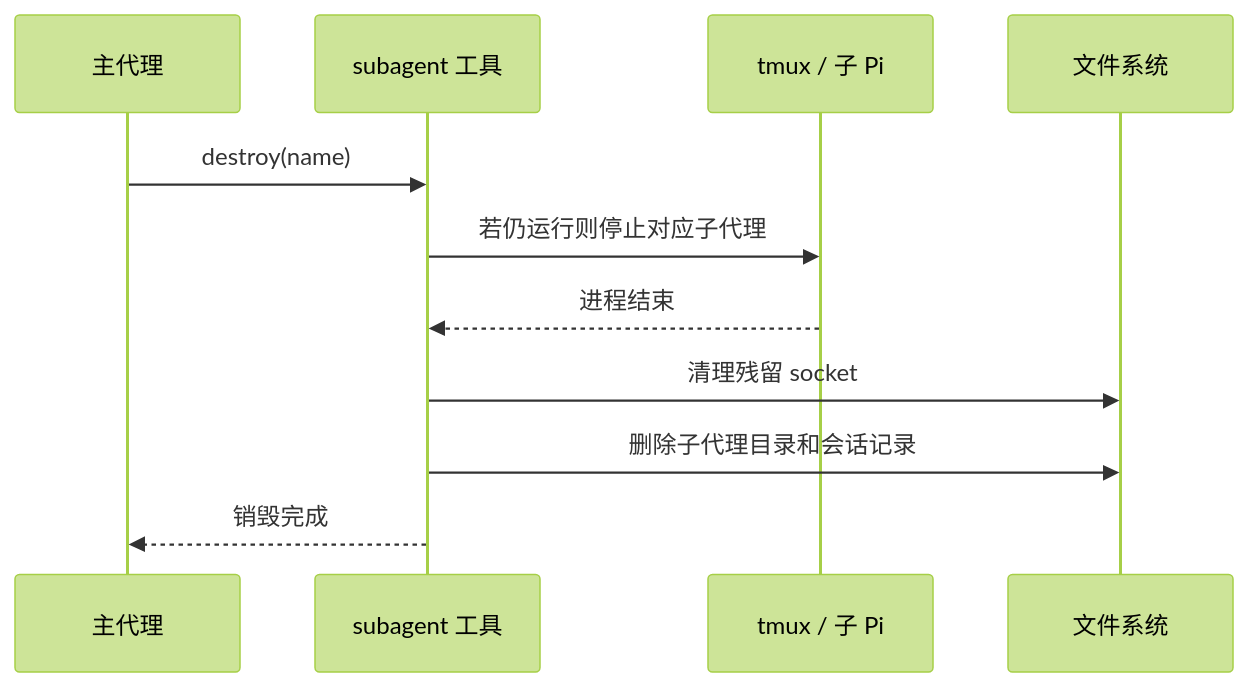
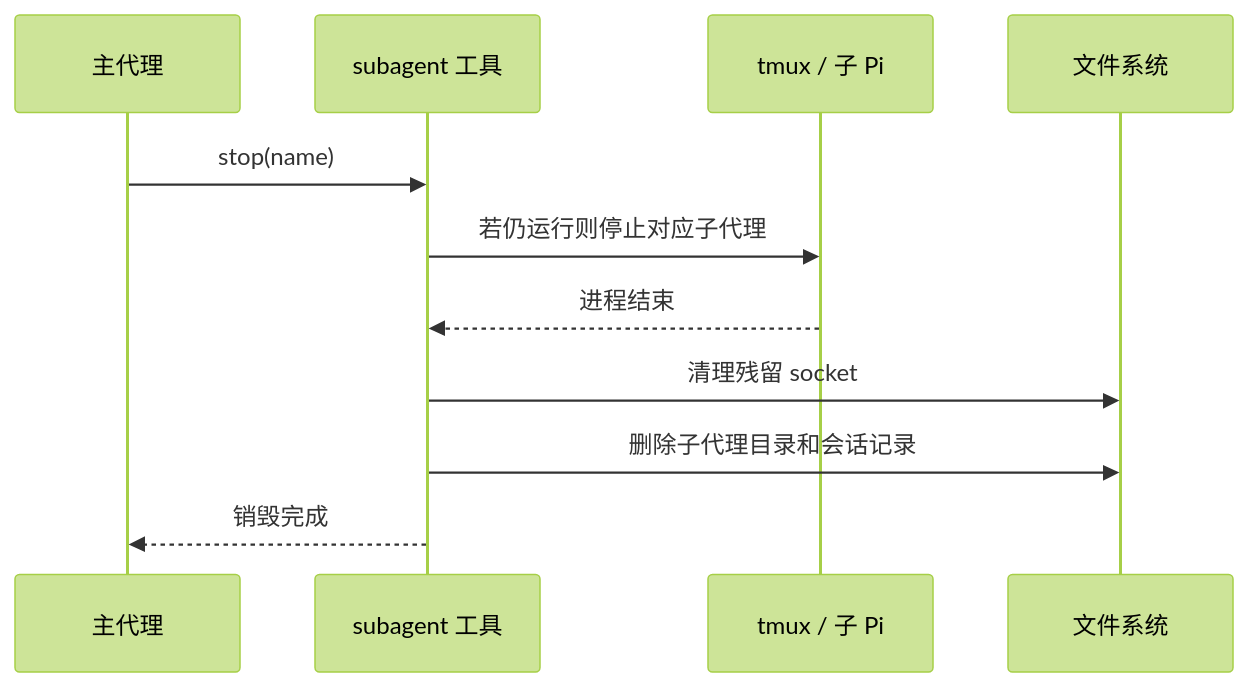
Before and after one commit to huxeon/pi-subagent: the sixth of 9 diagrams in docs/spec.md, drawn with Mermaid (forest theme). The commit also changed other lines of this file and 15 other files, not shown here.

````diff
--- a/docs/spec.md
+++ b/docs/spec.md
@@ -185,14 +199,14 @@
 ```mermaid
 sequenceDiagram
     participant M as 主代理
     participant T as subagent 工具
     participant X as tmux / 子 Pi
     participant F as 文件系统
 
-    M->>T: destroy(name)
+    M->>T: stop(name)
     T->>X: 若仍运行则停止对应子代理
     X-->>T: 进程结束
     T->>F: 清理残留 socket
     T->>F: 删除子代理目录和会话记录
     T-->>M: 销毁完成
 ```
````
